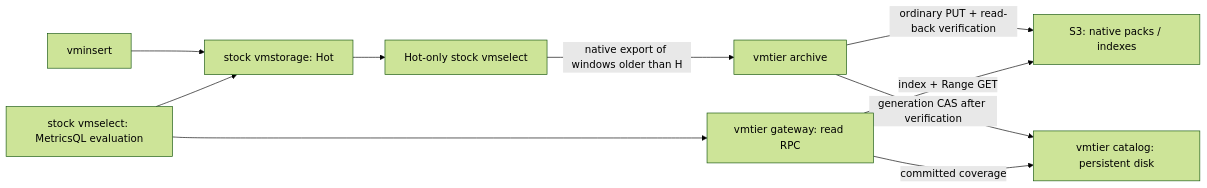
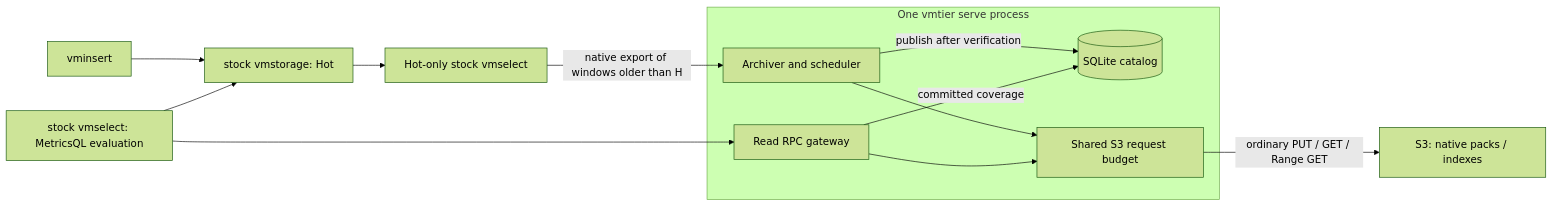
Before and after one commit to yuuki/vmtier: the diagram in README.md, drawn with Mermaid (forest theme). The commit also changed other lines of this file and 44 other files, not shown here.

Commit message:
Run SQLite archiving and cold queries in a single service

````diff
--- a/README.md
+++ b/README.md
@@ -9,12 +9,15 @@
 ```mermaid
 flowchart LR
   W[vminsert] --> H[stock vmstorage: Hot]
   H --> E[Hot-only stock vmselect]
-  E -->|native export of windows older than H| A[vmtier archive]
-  A -->|ordinary PUT + read-back verification| S[S3: native packs / indexes]
-  A -->|generation CAS after verification| C[vmtier catalog: persistent disk]
+  E -->|native export of windows older than H| A
+  subgraph Service[One vmtier serve process]
+    A[Archiver and scheduler] -->|publish after verification| C[(SQLite catalog)]
+    G[Read RPC gateway] -->|committed coverage| C
+    A --> B[Shared S3 request budget]
+    G --> B
+  end
+  B -->|ordinary PUT / GET / Range GET| S[S3: native packs / indexes]
   Q[stock vmselect: MetricsQL evaluation] --> H
-  Q --> G[vmtier gateway: read RPC]
-  G -->|committed coverage| C
-  G -->|index + Range GET| S
+  Q --> G
 ```
````
